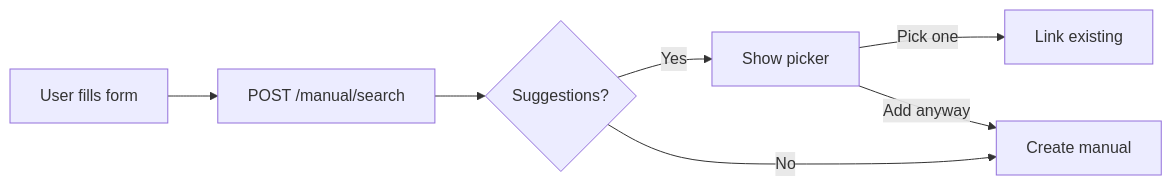
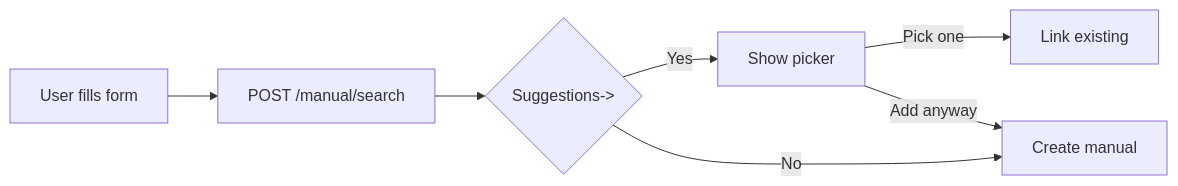
The second of 5 diagrams in AGENTS/workflow.md (fTr0ut/ShelvesAI), drawn with Mermaid before and after one commit. The commit also changed other lines of this file and 8 other files, not shown here.

````diff
--- a/AGENTS/workflow.md
+++ b/AGENTS/workflow.md
@@ -220,9 +255,9 @@
 ```mermaid
 flowchart LR
     A[User fills form] --> B[POST /manual/search]
-    B --> C{Suggestions?}
+    B --> C{Suggestions->}
     C -->|Yes| D[Show picker]
     D -->|Pick one| E[Link existing]
     D -->|Add anyway| F[Create manual]
     C -->|No| F
 ```
````
